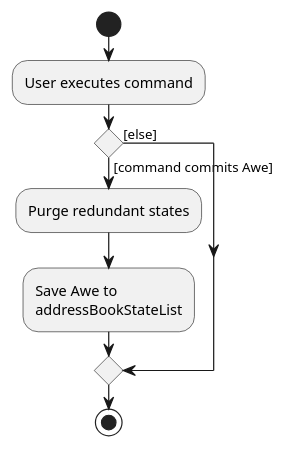
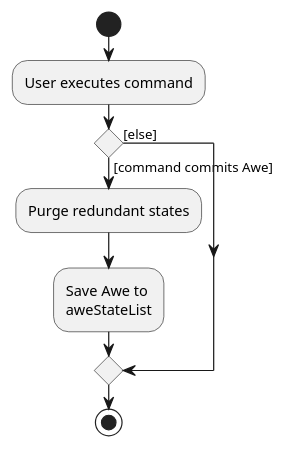
One commit to ramapriyan912001/tp changed the diagram in docs/diagrams/CommitActivityDiagram.puml. Above: the diagram before and after it, drawn with PlantUML. The commit also changed 3 other files, not shown here.

```diff
--- a/docs/diagrams/CommitActivityDiagram.puml
+++ b/docs/diagrams/CommitActivityDiagram.puml
@@ -1,15 +1,15 @@
 @startuml
 start
 :User executes command;
 
 'Since the beta syntax does not support placing the condition outside the
 'diamond we place it as the true branch instead.
 
 if () then ([command commits Awe])
     :Purge redundant states;
     :Save Awe to
-    addressBookStateList;
+    aweStateList;
 else ([else])
 endif
 stop
 @enduml
```
